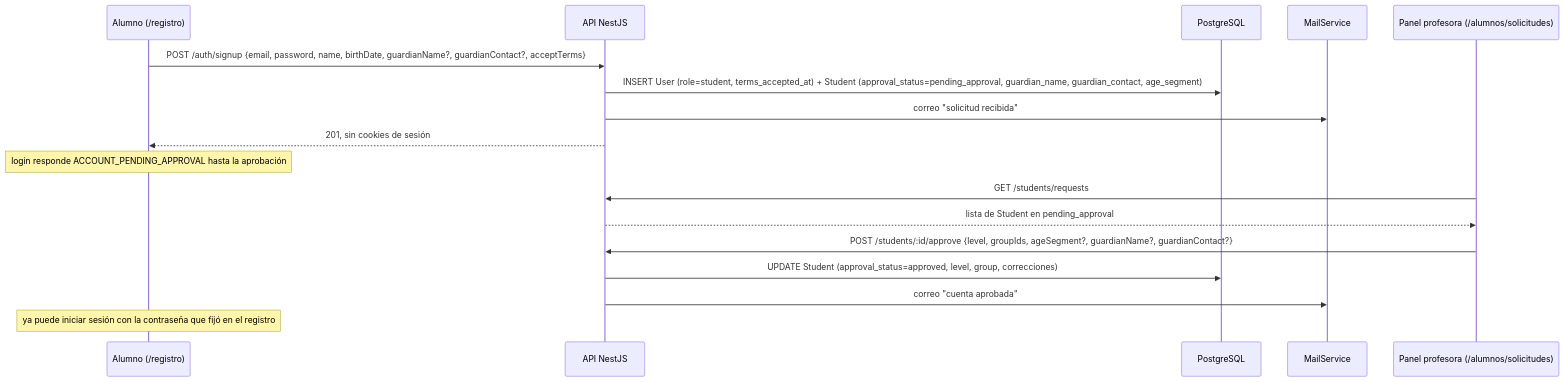
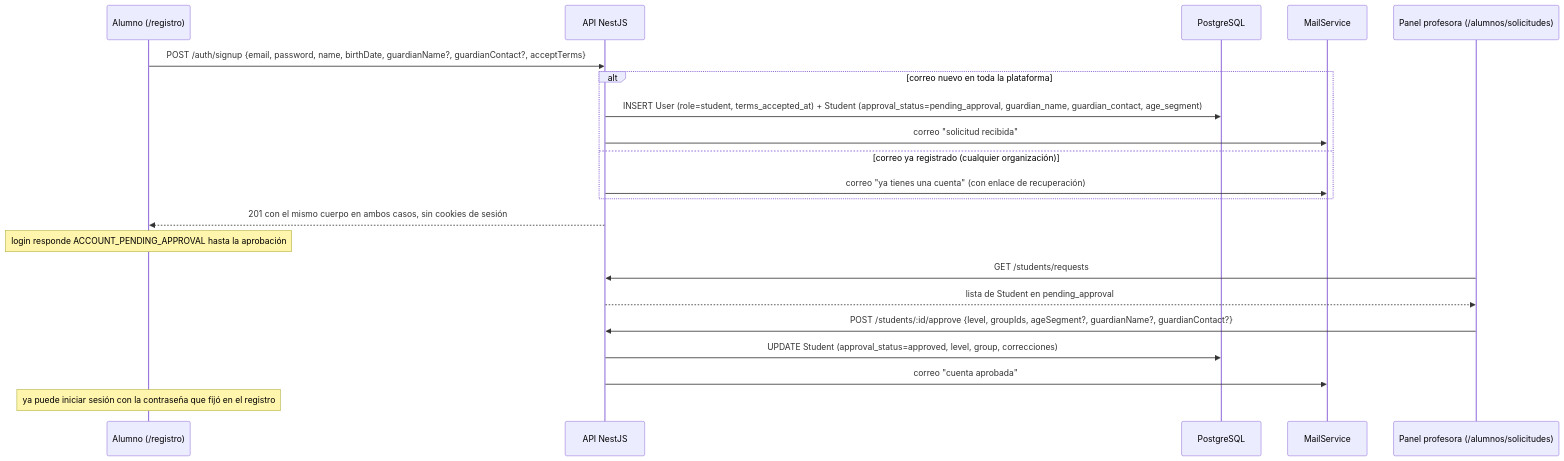
One commit to Samuel-Duque/englove changed the third of 5 diagrams in planning/architecture-overview.md. Above: the diagram before and after it, drawn with Mermaid. The commit also changed other lines of this file and 5 other files, not shown here.

````diff
--- a/planning/architecture-overview.md
+++ b/planning/architecture-overview.md
@@ -512,19 +537,23 @@
 ```mermaid
 sequenceDiagram
   participant S as Alumno (/registro)
   participant A as API NestJS
   participant DB as PostgreSQL
   participant M as MailService
   participant T as Panel profesora (/alumnos/solicitudes)
   S->>A: POST /auth/signup {email, password, name, birthDate, guardianName?, guardianContact?, acceptTerms}
-  A->>DB: INSERT User (role=student, terms_accepted_at) + Student (approval_status=pending_approval, guardian_name, guardian_contact, age_segment)
-  A->>M: correo "solicitud recibida"
-  A-->>S: 201, sin cookies de sesión
+  alt correo nuevo en toda la plataforma
+    A->>DB: INSERT User (role=student, terms_accepted_at) + Student (approval_status=pending_approval, guardian_name, guardian_contact, age_segment)
+    A->>M: correo "solicitud recibida"
+  else correo ya registrado (cualquier organización)
+    A->>M: correo "ya tienes una cuenta" (con enlace de recuperación)
+  end
+  A-->>S: 201 con el mismo cuerpo en ambos casos, sin cookies de sesión
   Note over S: login responde ACCOUNT_PENDING_APPROVAL hasta la aprobación
   T->>A: GET /students/requests
   A-->>T: lista de Student en pending_approval
   T->>A: POST /students/:id/approve {level, groupIds, ageSegment?, guardianName?, guardianContact?}
   A->>DB: UPDATE Student (approval_status=approved, level, group, correcciones)
   A->>M: correo "cuenta aprobada"
   Note over S: ya puede iniciar sesión con la contraseña que fijó en el registro
 ```
````
